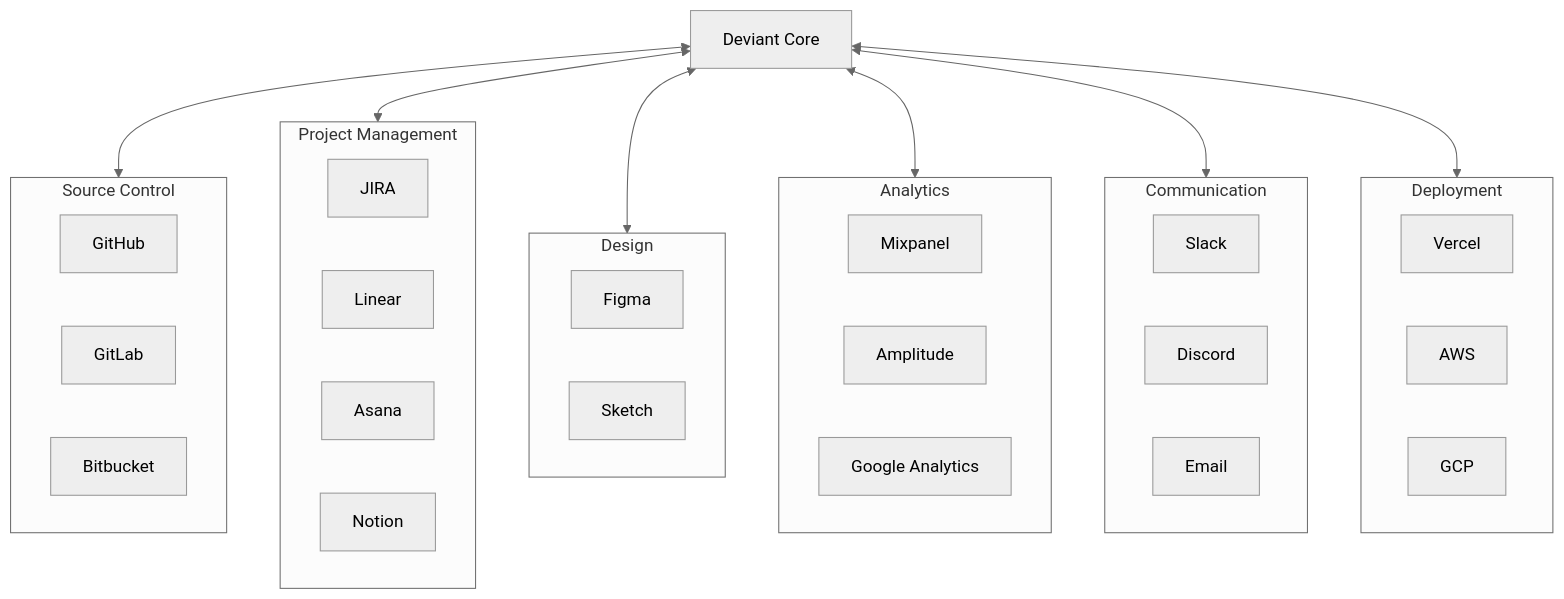
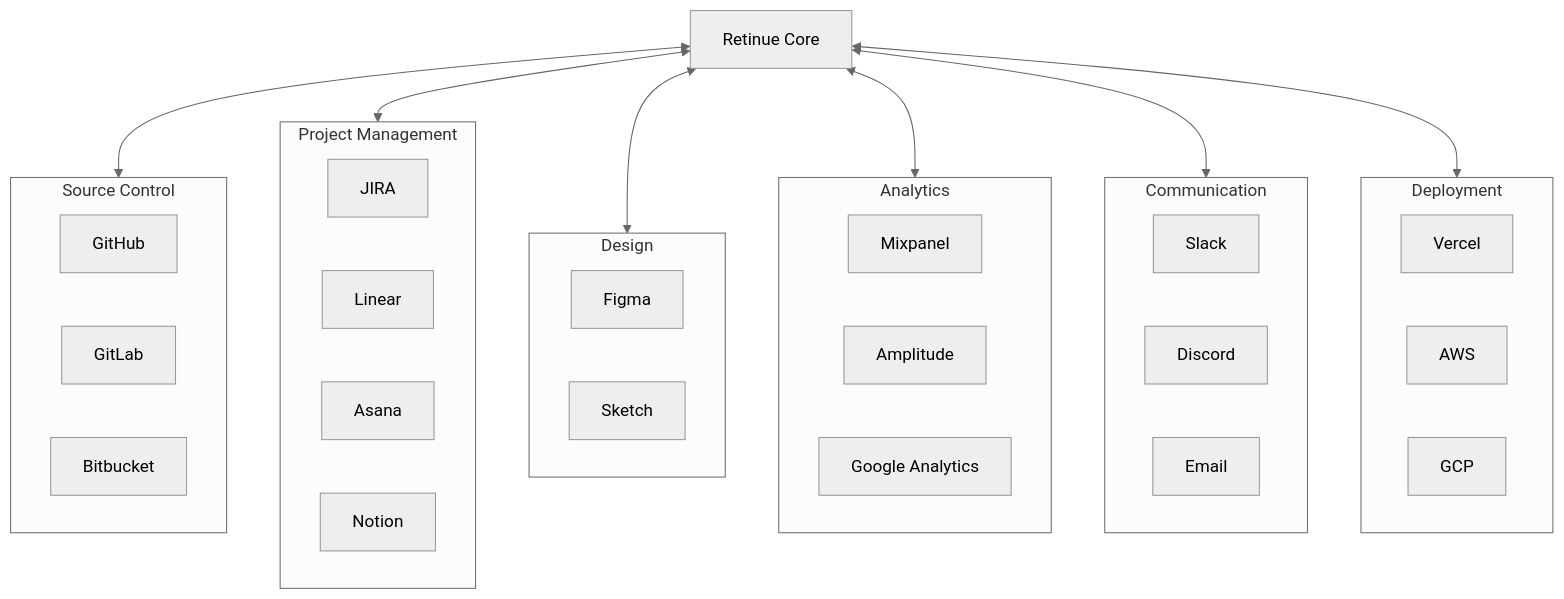
Before and after one commit to nicanor-korir/retinue: the first of 2 diagrams in docs/articles/6-future-plans/03-integration-marketplace.md, drawn with Mermaid (neutral theme). The commit also changed other lines of this file and 128 other files, not shown here.

First line of the commit message:
feat(rebrand): rename Deviant/AgentGo to Retinue, rewrite docs, add shared-VPS deploy

````diff
--- a/docs/articles/6-future-plans/03-integration-marketplace.md
+++ b/docs/articles/6-future-plans/03-integration-marketplace.md
@@ -25,47 +25,47 @@
 ```mermaid
 flowchart TB
-    Deviant[Deviant Core]
+    Retinue[Retinue Core]
 
     subgraph SourceControl["Source Control"]
         GitHub[GitHub]
         GitLab[GitLab]
         Bitbucket[Bitbucket]
     end
 
     subgraph ProjectMgmt["Project Management"]
         Jira[JIRA]
         Linear[Linear]
         Asana[Asana]
         Notion[Notion]
     end
 
     subgraph Design["Design"]
         Figma[Figma]
         Sketch[Sketch]
     end
 
     subgraph Analytics["Analytics"]
         Mixpanel[Mixpanel]
         Amplitude[Amplitude]
         GA[Google Analytics]
     end
 
     subgraph Communication["Communication"]
         Slack[Slack]
         Discord[Discord]
         Email[Email]
     end
 
     subgraph Deployment["Deployment"]
         Vercel[Vercel]
         AWS[AWS]
         GCP[GCP]
     end
 
-    Deviant <--> SourceControl
-    Deviant <--> ProjectMgmt
-    Deviant <--> Design
-    Deviant <--> Analytics
-    Deviant <--> Communication
-    Deviant <--> Deployment
+    Retinue <--> SourceControl
+    Retinue <--> ProjectMgmt
+    Retinue <--> Design
+    Retinue <--> Analytics
+    Retinue <--> Communication
+    Retinue <--> Deployment
 ```
````
